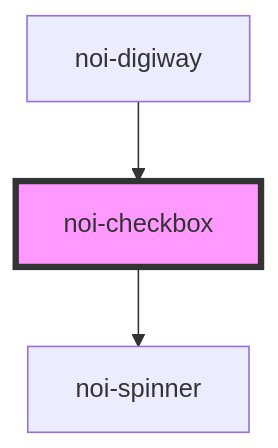
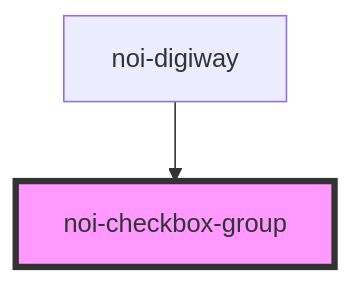
The diagram in src/blocks/checkbox-group/readme.md (MaxXx1313/webcomp-digiway), drawn with Mermaid before and after one commit. The commit also changed other lines of this file and 12 other files, not shown here.

````diff
--- a/src/blocks/checkbox-group/readme.md
+++ b/src/blocks/checkbox-group/readme.md
@@ -44,6 +31,5 @@
 ```mermaid
 graph TD;
-  noi-checkbox --> noi-spinner
-  noi-digiway --> noi-checkbox
-  style noi-checkbox fill:#f9f,stroke:#333,stroke-width:4px
+  noi-digiway --> noi-checkbox-group
+  style noi-checkbox-group fill:#f9f,stroke:#333,stroke-width:4px
 ```
````
